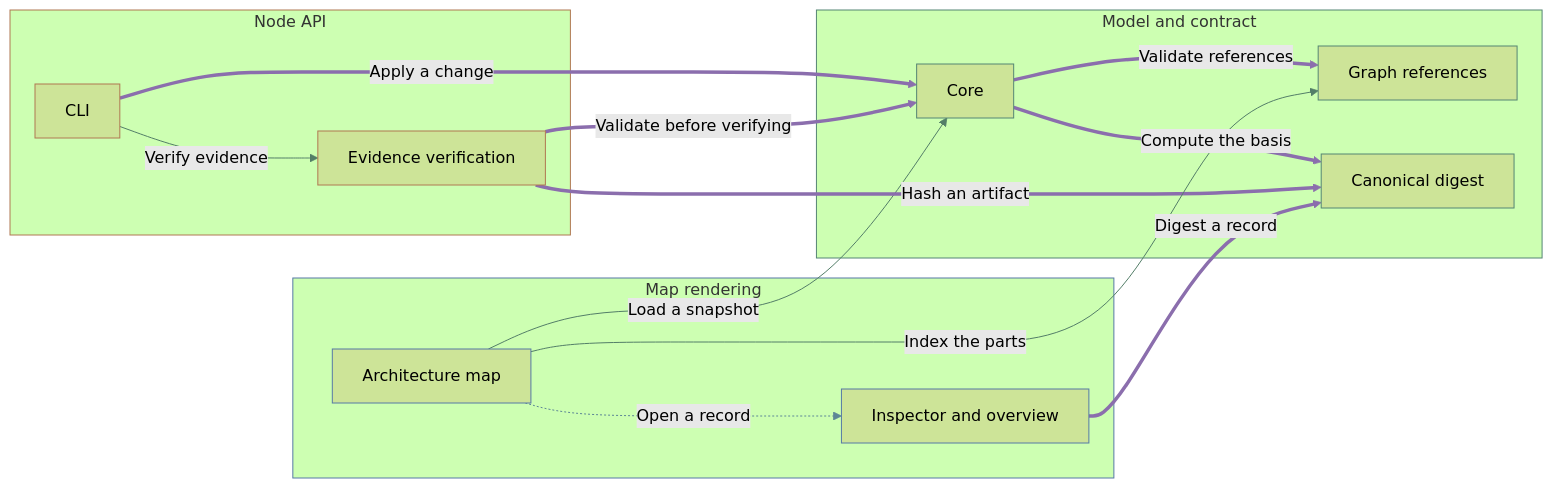
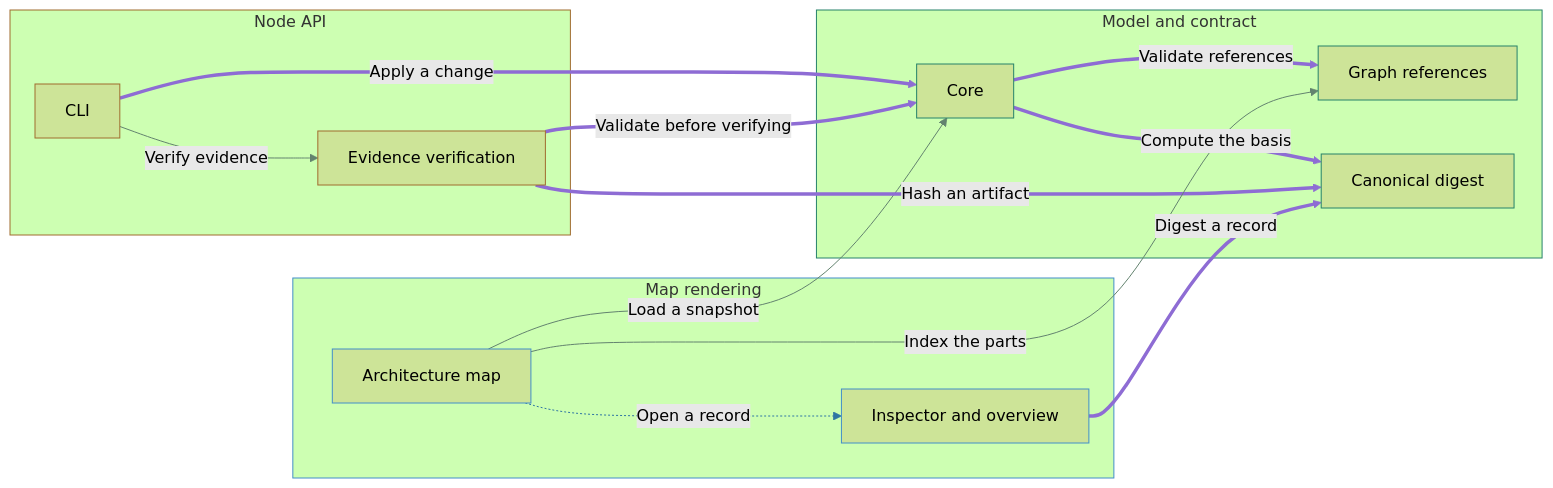
The diagram in README.md (umnick02/archivarius), drawn with Mermaid (forest theme) before and after one commit. The commit also changed other lines of this file and 7 other files, not shown here.

````diff
--- a/README.md
+++ b/README.md
@@ -25,35 +25,35 @@
 ```mermaid
 flowchart LR
     subgraph c-model["Model and contract"]
         c-core["Core"]:::pure
         c-graph["Graph references"]:::pure
         c-digest["Canonical digest"]:::pure
     end
     subgraph c-node-api["Node API"]
         c-cli["CLI"]:::infrastructure
         c-evidence["Evidence verification"]:::infrastructure
     end
     subgraph c-render["Map rendering"]
         c-map["Architecture map"]:::presentation
         c-inspector["Inspector and overview"]:::presentation
     end
     c-map -->|"Load a snapshot"| c-core
     c-core ==>|"Validate references"| c-graph
     c-core ==>|"Compute the basis"| c-digest
     c-map -.->|"Open a record"| c-inspector
     c-cli ==>|"Apply a change"| c-core
     c-cli -->|"Verify evidence"| c-evidence
     c-evidence ==>|"Hash an artifact"| c-digest
     c-inspector ==>|"Digest a record"| c-digest
     c-evidence ==>|"Validate before verifying"| c-core
     c-map -->|"Index the parts"| c-graph
-    style c-model stroke:#558574
-    style c-node-api stroke:#b07852
-    style c-render stroke:#5779a6
-    linkStyle 0,5,9 stroke:#537e68
-    linkStyle 1,2,4,6,7,8 stroke:#8b6ead
-    linkStyle 3 stroke:#5d8796
-    classDef pure stroke:#558574
-    classDef infrastructure stroke:#b07852
-    classDef presentation stroke:#5779a6
+    style c-model stroke:#26826b
+    style c-node-api stroke:#a06c2f
+    style c-render stroke:#438ec9
+    linkStyle 0,5,9 stroke:#63836f
+    linkStyle 1,2,4,6,7,8 stroke:#8e6cd4
+    linkStyle 3 stroke:#2f76a3
+    classDef pure stroke:#26826b
+    classDef infrastructure stroke:#a06c2f
+    classDef presentation stroke:#438ec9
 ```
````
